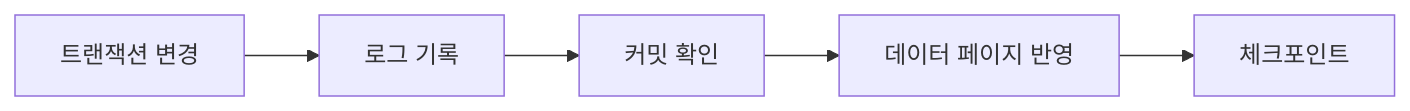
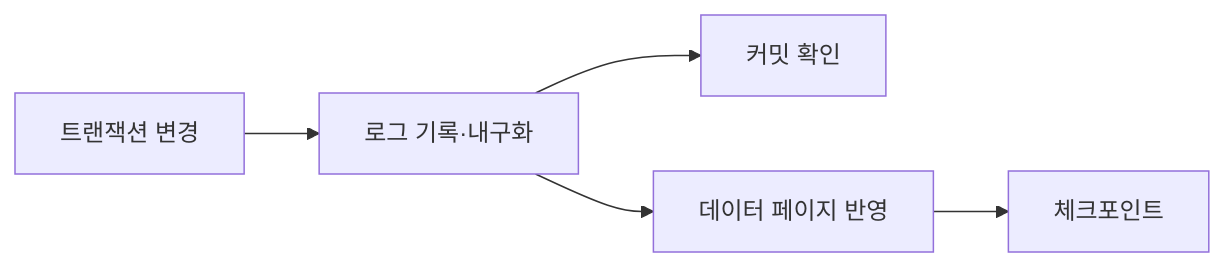
One commit to Rein-ArXiv/game-dev-curriculum changed the diagram in base/part13_persistence_and_databases.md. Above: the diagram before and after it, drawn with Mermaid. The commit also changed other lines of this file and 279 other files, not shown here.

````diff
--- a/base/part13_persistence_and_databases.md
+++ b/base/part13_persistence_and_databases.md
@@ -103,7 +103,7 @@
 ```mermaid
 flowchart LR
-    Tx[트랜잭션 변경] --> WAL[로그 기록]
+    Tx[트랜잭션 변경] --> WAL[로그 기록·내구화]
     WAL --> Commit[커밋 확인]
-    Commit --> Page[데이터 페이지 반영]
+    WAL --> Page[데이터 페이지 반영]
     Page --> Checkpoint[체크포인트]
 ```
````
